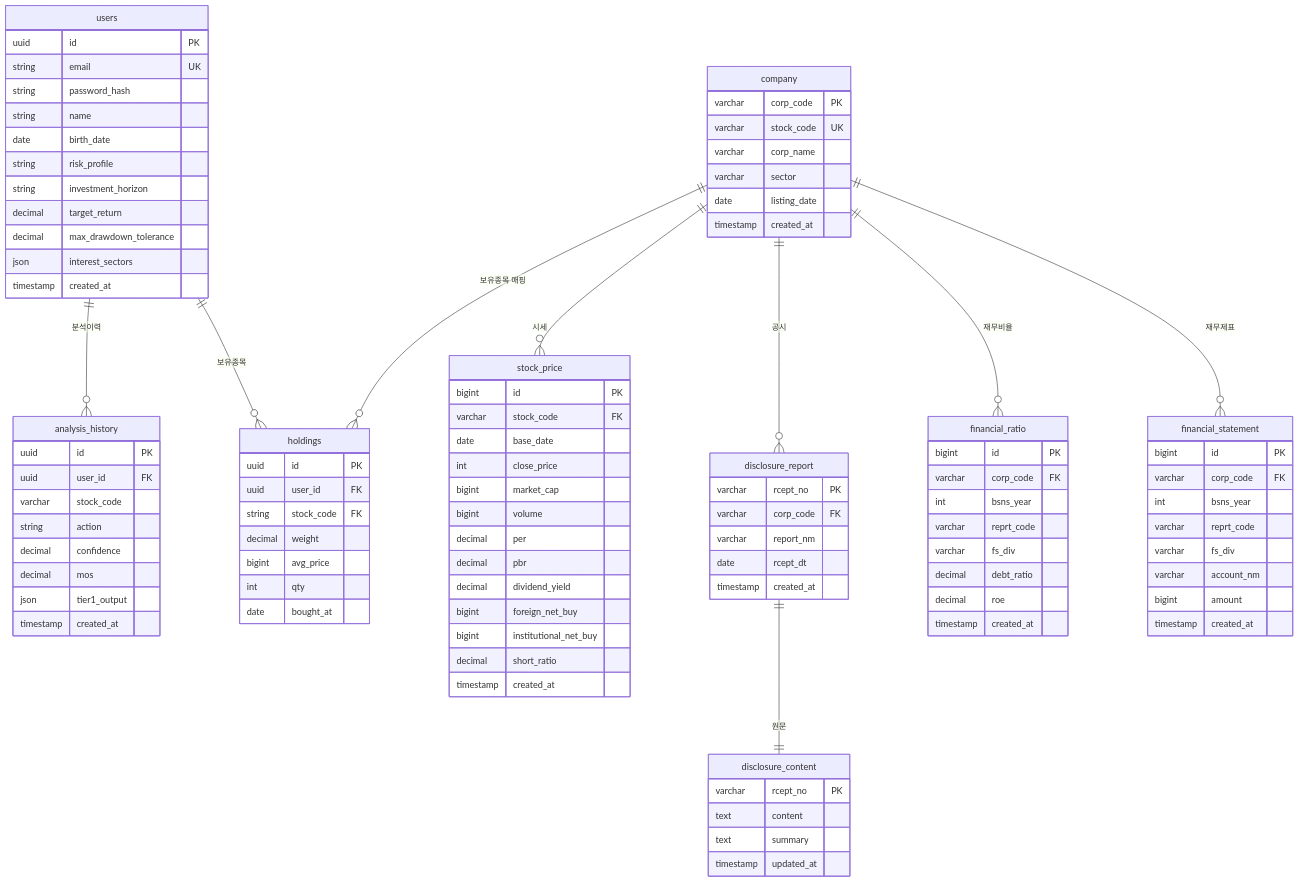
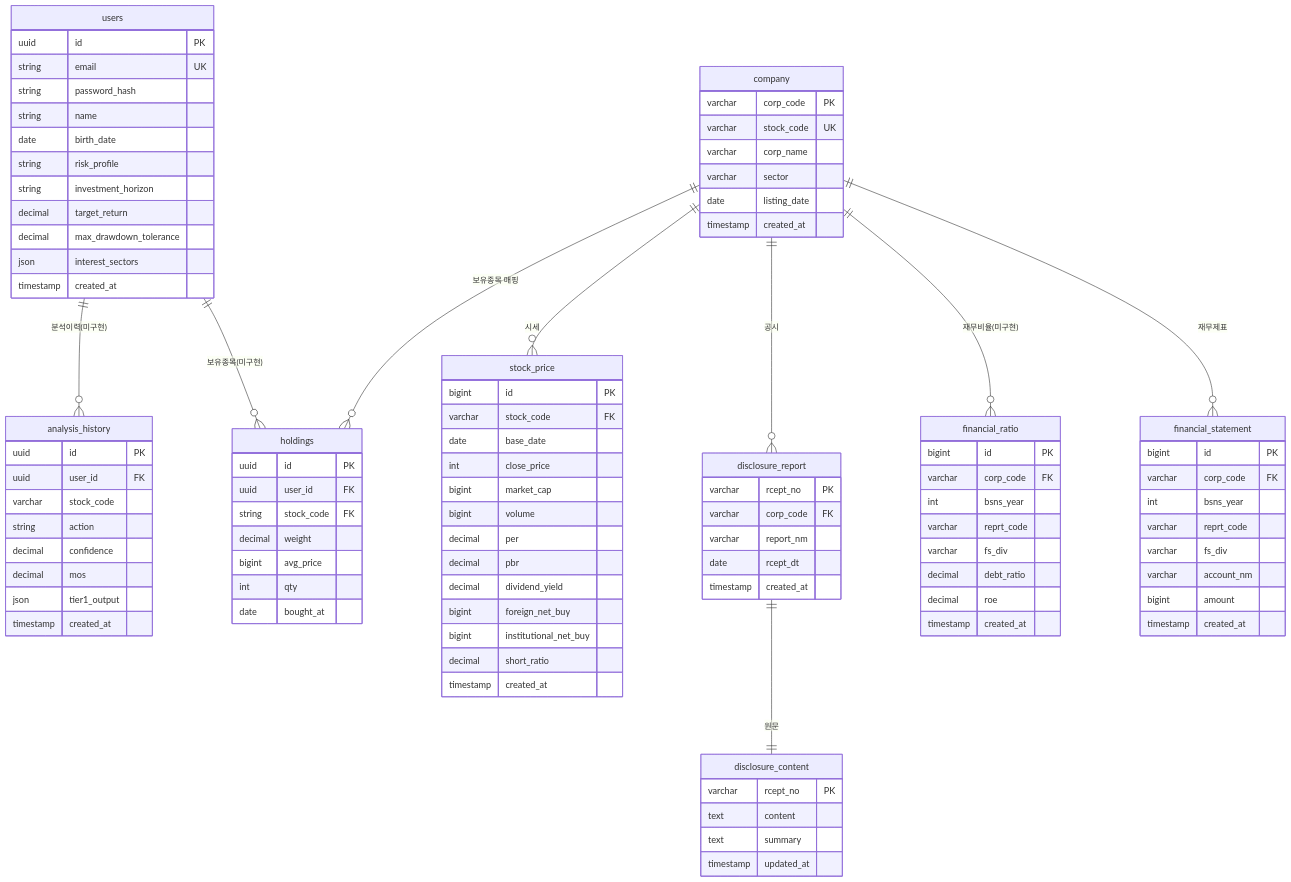
The diagram in docs/architecture/erd.md (mygithub05253/stock-agent), drawn with Mermaid before and after one commit. The commit also changed other lines of this file and 2 other files, not shown here.

First line of the commit message:
📝 Docs: ERD 테이블명 실제 SQL과 정합 (강사 #4 코드 우선)

````diff
--- a/docs/architecture/erd.md
+++ b/docs/architecture/erd.md
@@ -47,11 +67,13 @@
 ```mermaid
     erDiagram
+    %% 코드 기준 주의: users·holdings·analysis_history·financial_ratio는 db/init DDL 미작성(설계안).
+    %% 실제 존재 테이블은 위 "0.1 구현 상태" 표 참고. 상충 시 SQL 우선.
 
-    users ||--o{ holdings : "보유종목"
-    users ||--o{ analysis_history : "분석이력"
+    users ||--o{ holdings : "보유종목(미구현)"
+    users ||--o{ analysis_history : "분석이력(미구현)"
 
     company ||--o{ financial_statement : "재무제표"
-    company ||--o{ financial_ratio : "재무비율"
+    company ||--o{ financial_ratio : "재무비율(미구현)"
     company ||--o{ disclosure_report : "공시"
     company ||--o{ stock_price : "시세"
     company ||--o{ holdings : "보유종목 매핑"
````
